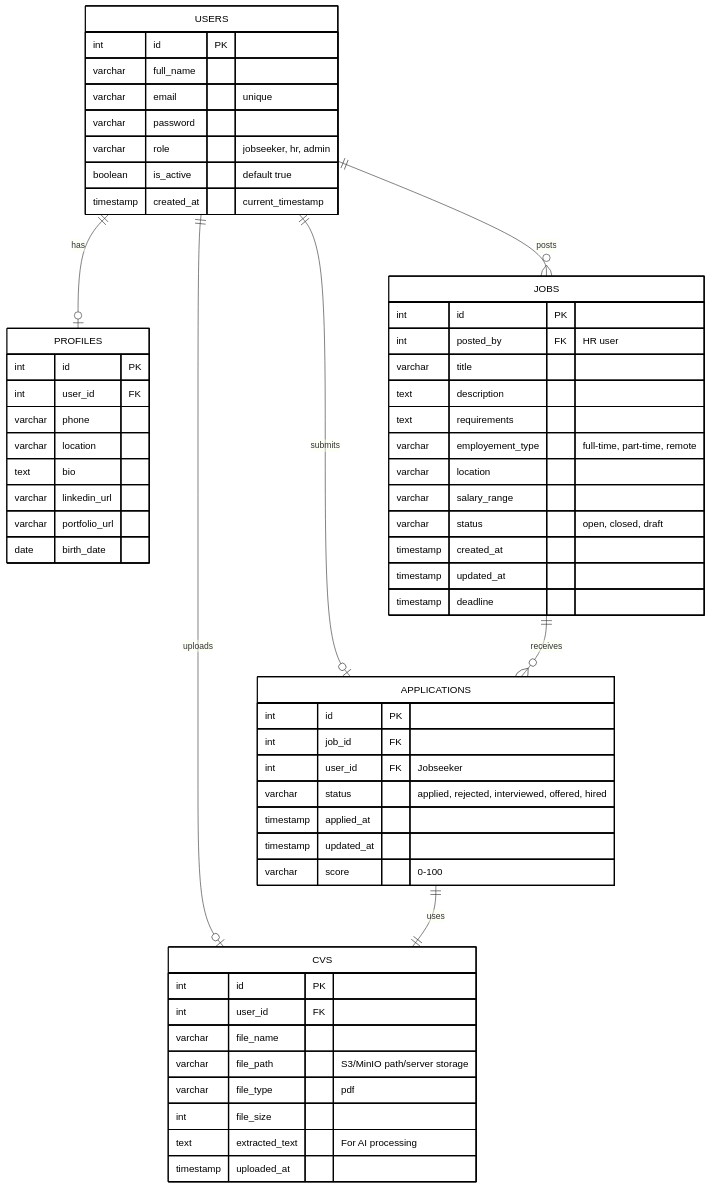
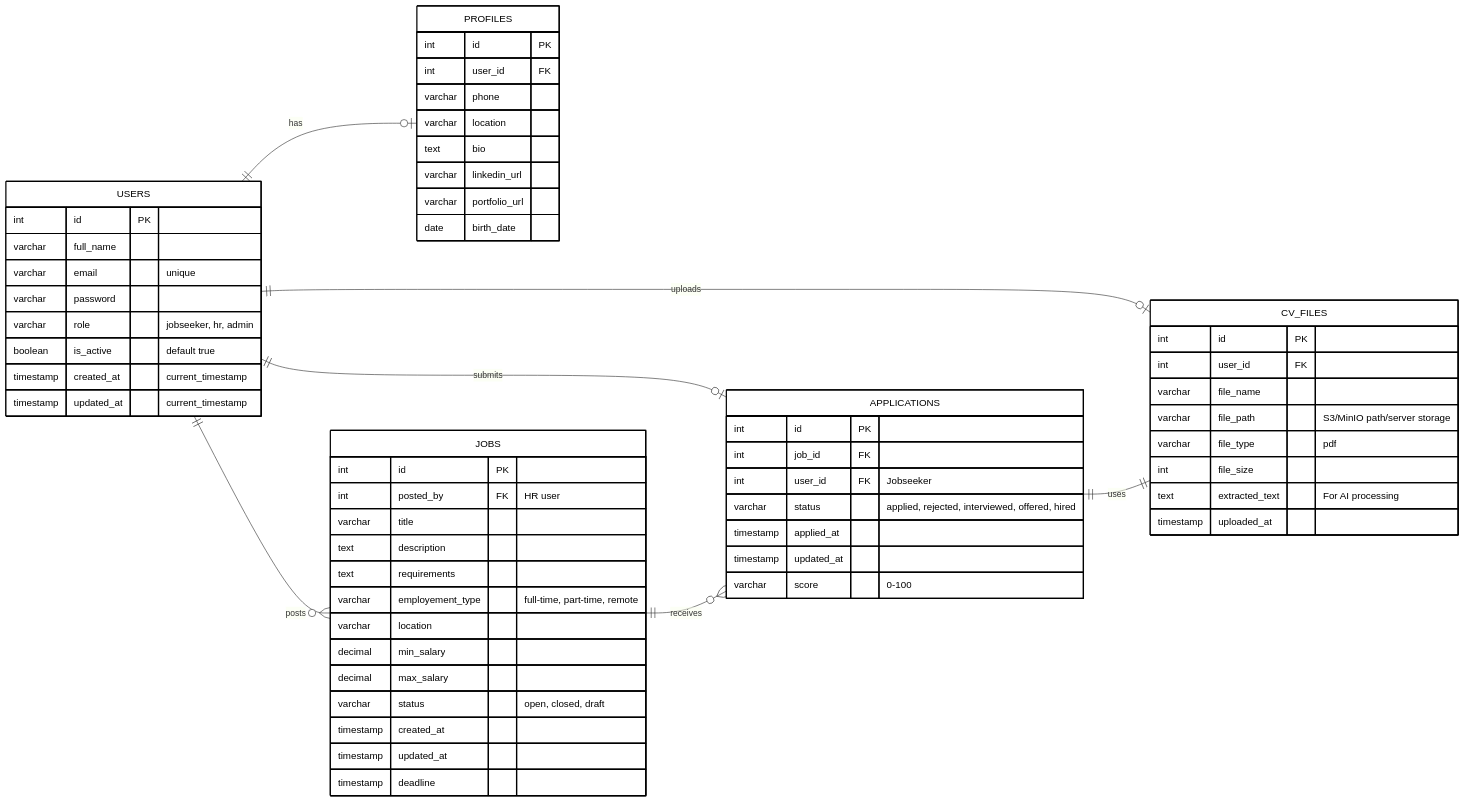
Before and after one commit to sepsarip/ats-project: the diagram in erd.mermaid, drawn with Mermaid. The commit also changed 7 other files, not shown here.

```diff
--- a/erd.mermaid
+++ b/erd.mermaid
@@ -1,85 +1,88 @@
 erDiagram
+    direction LR
     %% ==========================================
     %% USERS & AUTHENTICATION
     %% ==========================================
     USERS {
         int id PK
         varchar full_name
         varchar email "unique"
         varchar password
         varchar role "jobseeker, hr, admin"
         boolean is_active "default true"
         timestamp created_at "current_timestamp"
+        timestamp updated_at "current_timestamp"
     }
 
     PROFILES {
         int id PK
         int user_id FK
         varchar phone
         varchar location
         text bio
         varchar linkedin_url
         varchar portfolio_url
         date birth_date
     }
 
     %% ==========================================
     %% JOB POSTINGS
     %% ==========================================
     JOBS {
         int id PK
         int posted_by FK "HR user"
         varchar title
         text description
         text requirements
         varchar employement_type "full-time, part-time, remote"
         varchar location
-        varchar salary_range
+        decimal min_salary
+        decimal max_salary
         varchar status "open, closed, draft"
         timestamp created_at
         timestamp updated_at
         timestamp deadline
     }
 
     %% ==========================================
     %% CANDIDATES & APPLICATIONS
     %% ==========================================
     APPLICATIONS {
         int id PK
         int job_id FK
         int user_id FK "Jobseeker"
         varchar status "applied, rejected, interviewed, offered, hired"
         timestamp applied_at
         timestamp updated_at
         varchar score "0-100"
     }
 
     %% ==========================================
     %% CV/RESUME STORAGE
     %% ==========================================
-    CVS {
+    CV_FILES {
         int id PK
         int user_id FK
         varchar file_name
         varchar file_path "S3/MinIO path/server storage"
         varchar file_type "pdf"
         int file_size
         text extracted_text "For AI processing"
         timestamp uploaded_at
     }
 
     %% ==========================================
     %% RELATIONSHIPS
     %% ==========================================
     USERS ||--o| PROFILES : "has"
     USERS ||--o| APPLICATIONS : "submits"
-    USERS ||--o| CVS : "uploads"
+    USERS ||--o| CV_FILES : "uploads"
     USERS ||--o{ JOBS : "posts"
     JOBS ||--o{ APPLICATIONS : "receives"
-    APPLICATIONS ||--|| CVS : "uses"
+    APPLICATIONS ||--|| CV_FILES : "uses"
 
     %% ==========================================
     %% STYLING (Background Putih, Garis Hitam, Text Hitam)
     %% ==========================================
     classDef default fill:#FFFFFF,stroke:#000000,stroke-width:2px,color:#000000
-    class USER,PROFILES,SOBS,APPLICATIONS,CVS default
+    class USER,PROFILES,SOBS,APPLICATIONS,CV_FILES default
```
